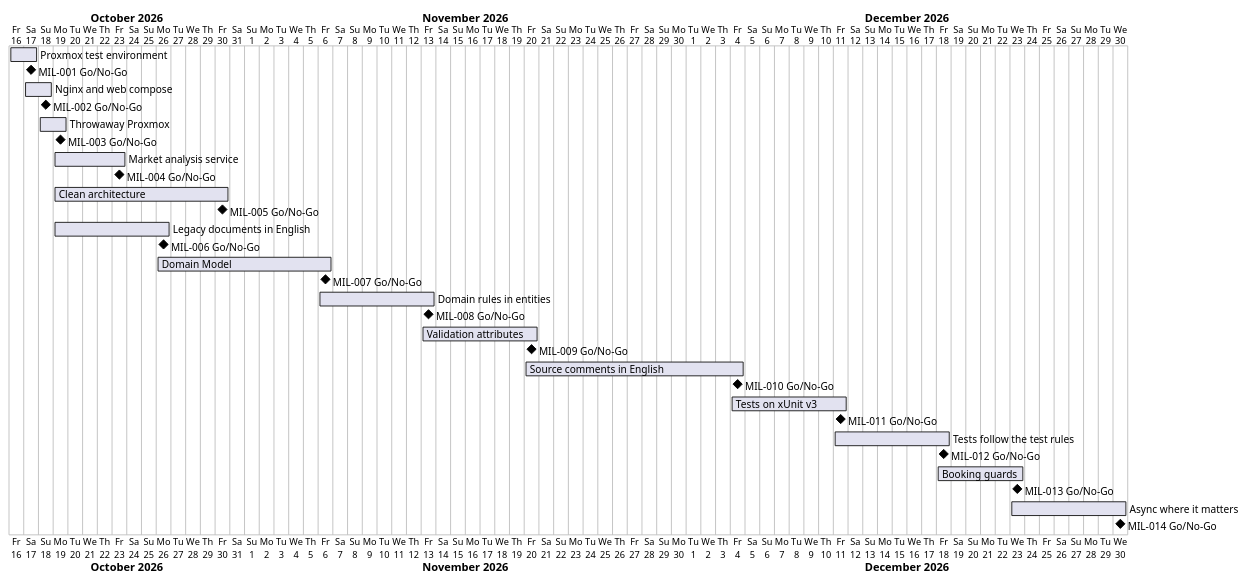
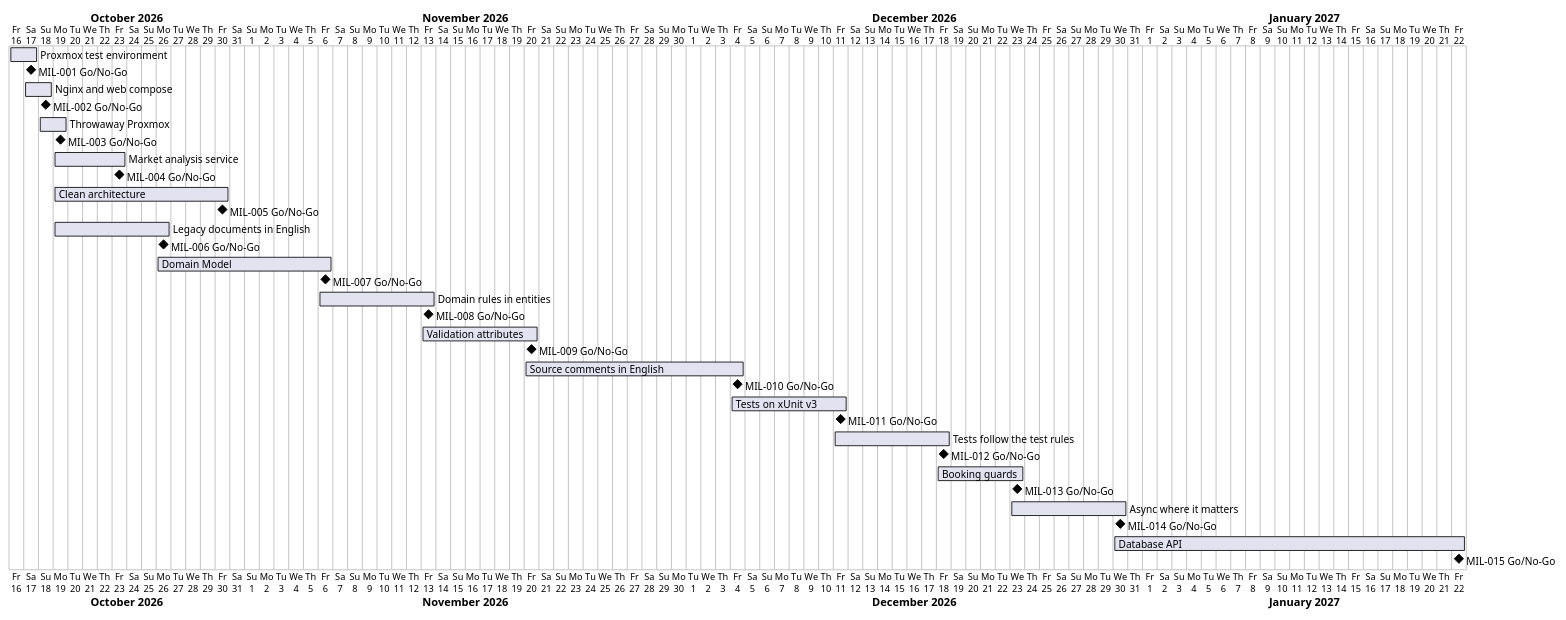
Before and after one commit to NF-Hotel/NFHotel: the diagram in docs/project-plan.md, drawn with PlantUML. The commit also changed other lines of this file and 6 other files, not shown here.

First line of the commit message:
Accept the database API milestone and record ADR-0004 (MIL-015)

````diff
--- a/docs/project-plan.md
+++ b/docs/project-plan.md
@@ -54,33 +56,35 @@
 ```plantuml
 @startgantt
 Project starts 2026-10-16
 [Proxmox test environment] starts 2026-10-16 and ends 2026-10-17
 [MIL-001 Go/No-Go] happens 2026-10-17
 [Nginx and web compose] starts 2026-10-17 and ends 2026-10-18
 [MIL-002 Go/No-Go] happens 2026-10-18
 [Throwaway Proxmox] starts 2026-10-18 and ends 2026-10-19
 [MIL-003 Go/No-Go] happens 2026-10-19
 [Market analysis service] starts 2026-10-19 and ends 2026-10-23
 [MIL-004 Go/No-Go] happens 2026-10-23
 [Clean architecture] starts 2026-10-19 and ends 2026-10-30
 [MIL-005 Go/No-Go] happens 2026-10-30
 [Legacy documents in English] starts 2026-10-19 and ends 2026-10-26
 [MIL-006 Go/No-Go] happens 2026-10-26
 [Domain Model] starts 2026-10-26 and ends 2026-11-06
 [MIL-007 Go/No-Go] happens 2026-11-06
 [Domain rules in entities] starts 2026-11-06 and ends 2026-11-13
 [MIL-008 Go/No-Go] happens 2026-11-13
 [Validation attributes] starts 2026-11-13 and ends 2026-11-20
 [MIL-009 Go/No-Go] happens 2026-11-20
 [Source comments in English] starts 2026-11-20 and ends 2026-12-04
 [MIL-010 Go/No-Go] happens 2026-12-04
 [Tests on xUnit v3] starts 2026-12-04 and ends 2026-12-11
 [MIL-011 Go/No-Go] happens 2026-12-11
 [Tests follow the test rules] starts 2026-12-11 and ends 2026-12-18
 [MIL-012 Go/No-Go] happens 2026-12-18
 [Booking guards] starts 2026-12-18 and ends 2026-12-23
 [MIL-013 Go/No-Go] happens 2026-12-23
 [Async where it matters] starts 2026-12-23 and ends 2026-12-30
 [MIL-014 Go/No-Go] happens 2026-12-30
+[Database API] starts 2026-12-30 and ends 2027-01-22
+[MIL-015 Go/No-Go] happens 2027-01-22
 @endgantt
 ```
````
